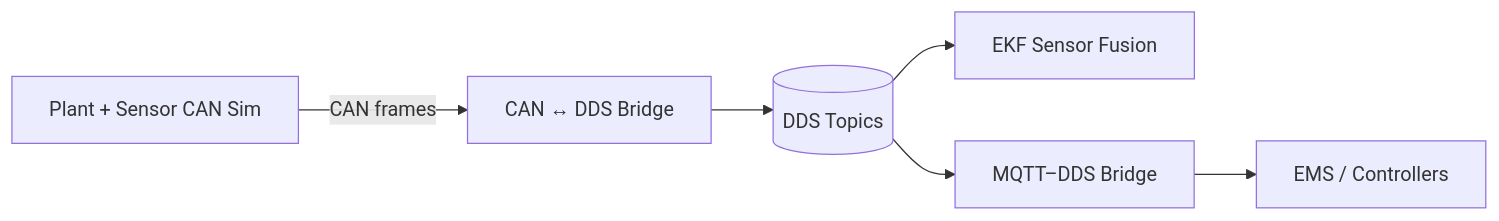
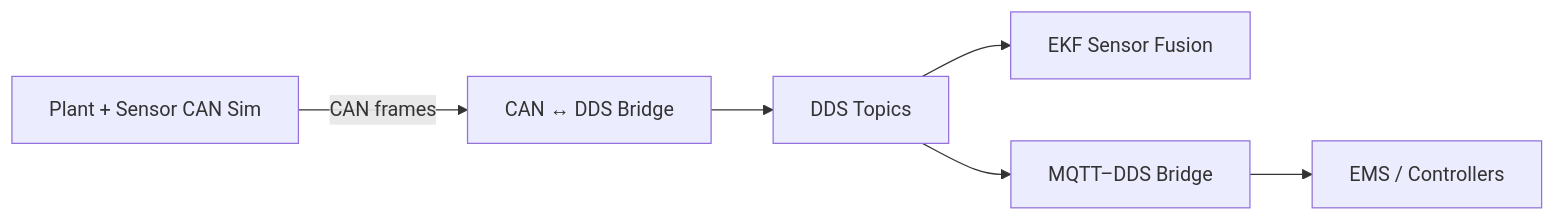
Before and after one commit to mtilocca/vehicle-Dynamics-Sim-Can: the second of 2 diagrams in README.md, drawn with Mermaid. The commit also changed other lines of this file, not shown here.

````diff
--- a/README.md
+++ b/README.md
@@ -96,8 +96,8 @@
 ```mermaid
 flowchart LR
 SIM[Plant + Sensor CAN Sim] -->|CAN frames| BRIDGE[CAN ↔ DDS Bridge]
-BRIDGE --> DDS[(DDS Topics)]
+BRIDGE --> DDS[DDS Topics]
 DDS --> EKF[EKF Sensor Fusion]
 DDS --> MQTT[MQTT–DDS Bridge]
 MQTT --> EMS[EMS / Controllers]
 ```
````
